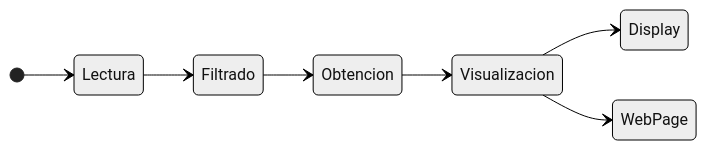
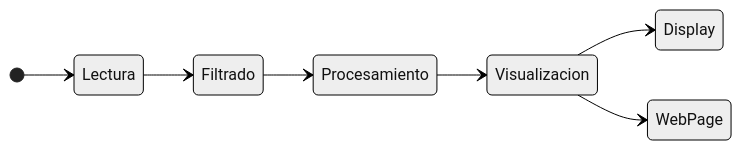
The diagram in README.md (joeljoanmorera/FinalProject-morera-cots), drawn with Mermaid (neutral theme) before and after one commit. The commit also changed other lines of this file and 13 other files, not shown here.

````diff
--- a/README.md
+++ b/README.md
@@ -7,10 +11,10 @@
 ```mermaid
   stateDiagram-v2
     direction LR
     [*] --> Lectura
     Lectura --> Filtrado
-    Filtrado --> Obtencion
-    Obtencion --> Visualizacion
+    Filtrado --> Procesamiento
+    Procesamiento --> Visualizacion
     Visualizacion --> Display
     Visualizacion --> WebPage
 ```
````
